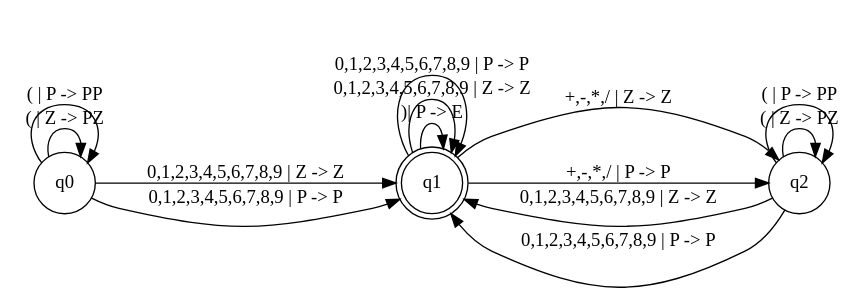
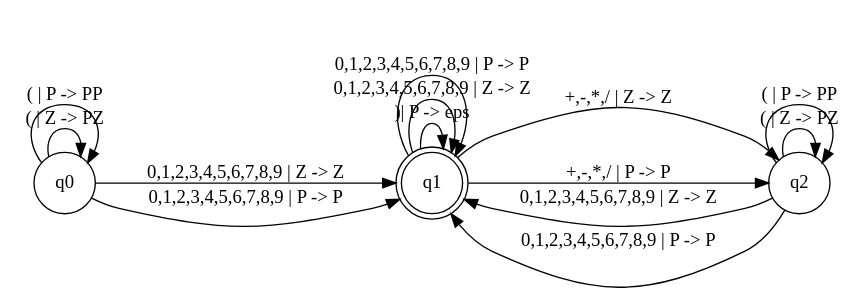
The diagram in grapheTP2V2.dot (SalimKad/Automates), drawn with Graphviz before and after one commit. The commit also changed 1 other file, not shown here.

```diff
--- a/grapheTP2V2.dot
+++ b/grapheTP2V2.dot
@@ -1,29 +1,29 @@
 digraph G {
     
     rankdir=LR;
     node [shape = circle];
 
     q1 [label="q1",shape=doublecircle];
     
     q0->q0 [label="( | Z -> PZ"];
     q0->q0 [label="( | P -> PP"];
     
     q0->q1 [label="0,1,2,3,4,5,6,7,8,9 | Z -> Z"];
     q0->q1 [label="0,1,2,3,4,5,6,7,8,9 | P -> P"];
 
 
     q1->q2 [label="+,-,*,/ | Z -> Z"];
     q1->q2 [label="+,-,*,/ | P -> P"];
     
     q2->q1 [label="0,1,2,3,4,5,6,7,8,9 | Z -> Z"];
     q2->q1 [label="0,1,2,3,4,5,6,7,8,9 | P -> P"];
 
-    q1->q1 [label=")| P -> E"];
+    q1->q1 [label=")| P -> eps"];
 
     q1->q1 [label="0,1,2,3,4,5,6,7,8,9 | Z -> Z"];
     q1->q1 [label="0,1,2,3,4,5,6,7,8,9 | P -> P"];
 
     q2->q2 [label="( | Z -> PZ"];
     q2->q2 [label="( | P -> PP"];
 
 }
```
